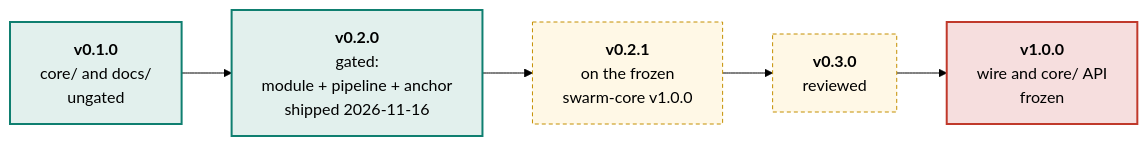
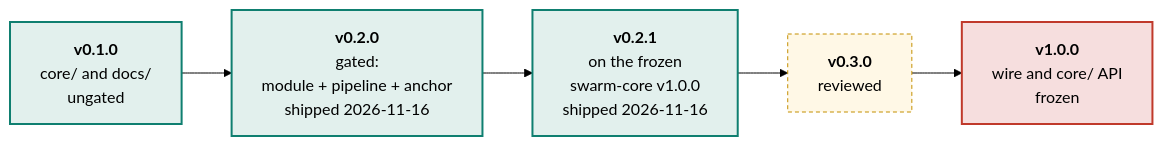
One commit to swarm-routing/BeeAdHoc changed the first of 2 diagrams in docs/roadmap.md. Above: the diagram before and after it, drawn with Mermaid (forest theme). The commit also changed other lines of this file and 1 other file, not shown here.

First paragraph of the commit message:
docs: v0.2.1 shipped, with what the patch carries (#165)
## Summary

````diff
--- a/docs/roadmap.md
+++ b/docs/roadmap.md
@@ -31,16 +31,16 @@
 ```mermaid
 flowchart LR
     V01["<b>v0.1.0</b><br/>core/ and docs/<br/>ungated"]
     V02["<b>v0.2.0</b><br/>gated:<br/>module + pipeline + anchor<br/>shipped 2026-11-16"]
-    V021["<b>v0.2.1</b><br/>on the frozen<br/>swarm-core v1.0.0"]
+    V021["<b>v0.2.1</b><br/>on the frozen<br/>swarm-core v1.0.0<br/>shipped 2026-11-16"]
     V03["<b>v0.3.0</b><br/>reviewed"]
     V10["<b>v1.0.0</b><br/>wire and core/ API<br/>frozen"]
 
     V01 --> V02 --> V021 --> V03 --> V10
 
     style V01 fill:#e2f0ed,stroke:#0f7f70,stroke-width:2px
     style V02 fill:#e2f0ed,stroke:#0f7f70,stroke-width:2px
-    style V021 fill:#fff8e6,stroke:#c48f00,stroke-dasharray:4 3
+    style V021 fill:#e2f0ed,stroke:#0f7f70,stroke-width:2px
     style V03 fill:#fff8e6,stroke:#c48f00,stroke-dasharray:4 3
     style V10 fill:#f6dede,stroke:#c0392b,stroke-width:2px
 ```
````
